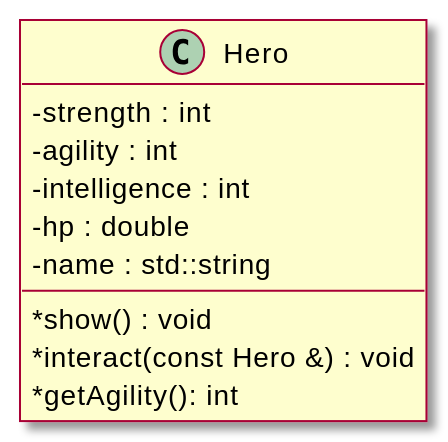
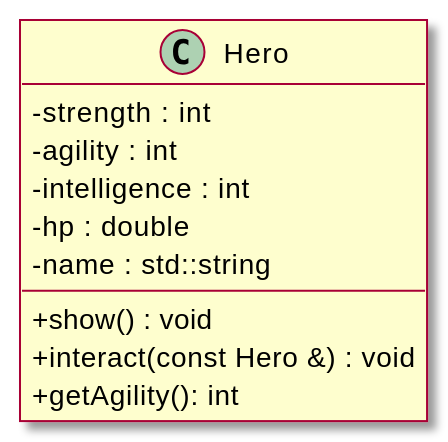
The second of 2 diagrams in content/docs/cours/PageTemplate2.md (HE-Arc/1242.2-Langage_CPP), drawn with PlantUML before and after one commit. The commit also changed other lines of this file and 4 other files, not shown here.

```diff
--- a/content/docs/cours/PageTemplate2.md
+++ b/content/docs/cours/PageTemplate2.md
@@ -334,18 +283,17 @@
 {{< plantuml id="eg1">}}
 @startuml
 skin rose
 skinparam classAttributeIconSize 0
 class Hero {
+   - strength : int
+   - agility : int
+   - intelligence : int
+   - hp : double
+   - name : std::string
 
-- strength : int
-- agility : int
-- intelligence : int
-- hp : double
-- name : std::string
-
-* show() : void
-* interact(const Hero &) : void
-* getAgility(): int
-  }
-  @enduml
-  {{< /plantuml >}}
+   + show() : void
+   + interact(const Hero &) : void
+   + getAgility(): int
+}
+@enduml
+{{< /plantuml >}}
```
